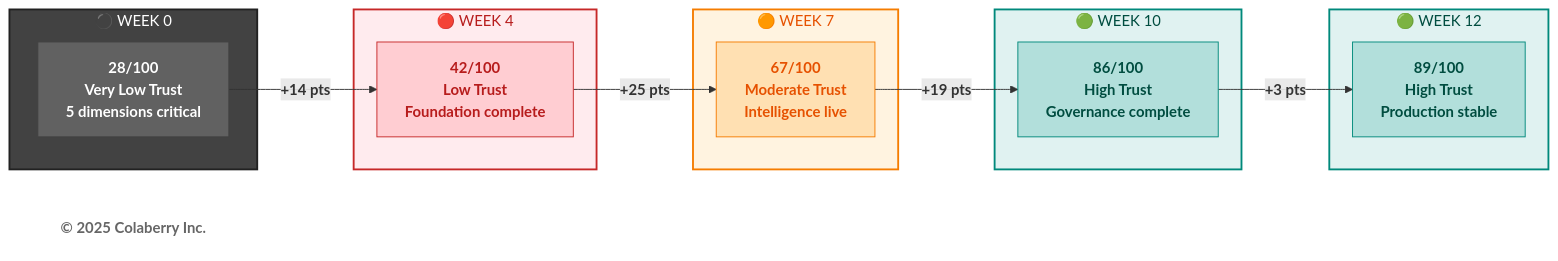
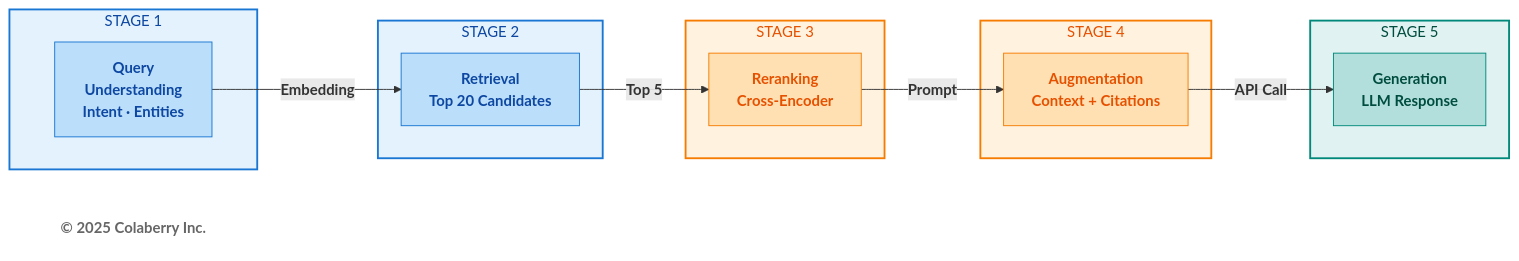
The fifth of 8 diagrams in manuscript/11_chapter_10_week_by_week_implementation.md (saitejesh-cyber/trust-before-intelligence-book), drawn with Mermaid before and after one commit. The commit also changed other lines of this file, not shown here.

````diff
--- a/manuscript/11_chapter_10_week_by_week_implementation.md
+++ b/manuscript/11_chapter_10_week_by_week_implementation.md
@@ -961,38 +292,38 @@
 ```mermaid
 graph LR
-    subgraph WEEK0["⚫ WEEK 0"]
-        W0["<b>28/100</b><br/><b>Very Low Trust</b><br/><b>5 dimensions critical</b>"]
+    subgraph STAGE1["STAGE 1"]
+        S1["<b>Query<br/>Understanding</b><br/><b>Intent · Entities</b>"]
     end
     
-    subgraph WEEK4["🔴 WEEK 4"]
-        W4["<b>42/100</b><br/><b>Low Trust</b><br/><b>Foundation complete</b>"]
+    subgraph STAGE2["STAGE 2"]
+        S2["<b>Retrieval</b><br/><b>Top 20 Candidates</b>"]
     end
     
-    subgraph WEEK7["🟠 WEEK 7"]
-        W7["<b>67/100</b><br/><b>Moderate Trust</b><br/><b>Intelligence live</b>"]
+    subgraph STAGE3["STAGE 3"]
+        S3["<b>Reranking</b><br/><b>Cross-Encoder</b>"]
     end
     
-    subgraph WEEK10["🟢 WEEK 10"]
-        W10["<b>86/100</b><br/><b>High Trust</b><br/><b>Governance complete</b>"]
+    subgraph STAGE4["STAGE 4"]
+        S4["<b>Augmentation</b><br/><b>Context + Citations</b>"]
     end
     
-    subgraph WEEK12["🟢 WEEK 12"]
-        W12["<b>89/100</b><br/><b>High Trust</b><br/><b>Production stable</b>"]
+    subgraph STAGE5["STAGE 5"]
+        S5["<b>Generation</b><br/><b>LLM Response</b>"]
     end
     
-    W0 -->|<b>+14 pts</b>| W4 -->|<b>+25 pts</b>| W7 -->|<b>+19 pts</b>| W10 -->|<b>+3 pts</b>| W12
+    S1 -->|<b>Embedding</b>| S2 -->|<b>Top 5</b>| S3 -->|<b>Prompt</b>| S4 -->|<b>API Call</b>| S5
     
     Copyright["<b>© 2025 Colaberry Inc.</b>"]
     
-    style WEEK0 fill:#424242,stroke:#212121,stroke-width:2px,color:#ffffff
-    style WEEK4 fill:#ffebee,stroke:#c62828,stroke-width:2px,color:#b71c1c
-    style WEEK7 fill:#fff3e0,stroke:#f57c00,stroke-width:2px,color:#e65100
-    style WEEK10 fill:#e0f2f1,stroke:#00897b,stroke-width:2px,color:#004d40
-    style WEEK12 fill:#e0f2f1,stroke:#00897b,stroke-width:2px,color:#004d40
-    style W0 fill:#616161,stroke:#424242,color:#ffffff
-    style W4 fill:#ffcdd2,stroke:#c62828,color:#b71c1c
-    style W7 fill:#ffe0b2,stroke:#f57c00,color:#e65100
-    style W10 fill:#b2dfdb,stroke:#00897b,color:#004d40
-    style W12 fill:#b2dfdb,stroke:#00897b,color:#004d40
+    style STAGE1 fill:#e3f2fd,stroke:#1976d2,stroke-width:2px,color:#0d47a1
+    style STAGE2 fill:#e3f2fd,stroke:#1976d2,stroke-width:2px,color:#0d47a1
+    style STAGE3 fill:#fff3e0,stroke:#f57c00,stroke-width:2px,color:#e65100
+    style STAGE4 fill:#fff3e0,stroke:#f57c00,stroke-width:2px,color:#e65100
+    style STAGE5 fill:#e0f2f1,stroke:#00897b,stroke-width:2px,color:#004d40
+    style S1 fill:#bbdefb,stroke:#1976d2,color:#0d47a1
+    style S2 fill:#bbdefb,stroke:#1976d2,color:#0d47a1
+    style S3 fill:#ffe0b2,stroke:#f57c00,color:#e65100
+    style S4 fill:#ffe0b2,stroke:#f57c00,color:#e65100
+    style S5 fill:#b2dfdb,stroke:#00897b,color:#004d40
     style Copyright fill:#ffffff,stroke:none,color:#666666
 ```
````
